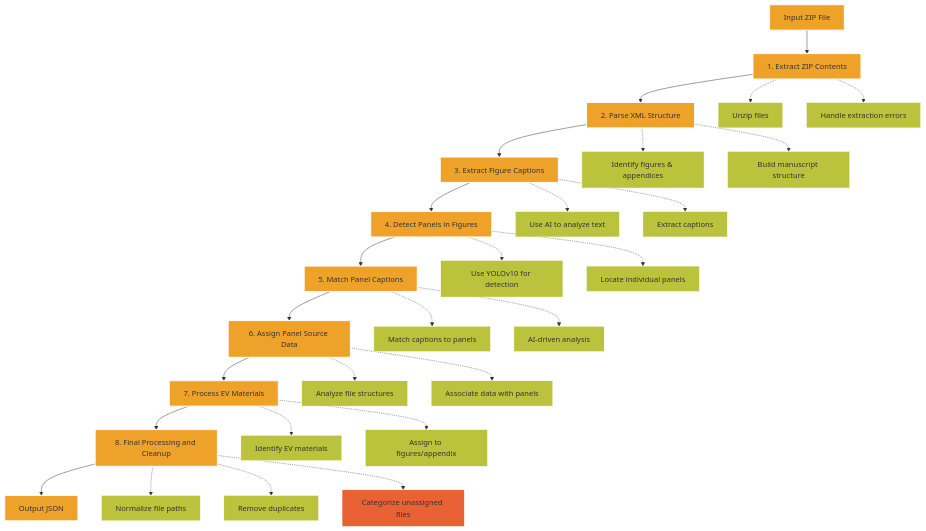
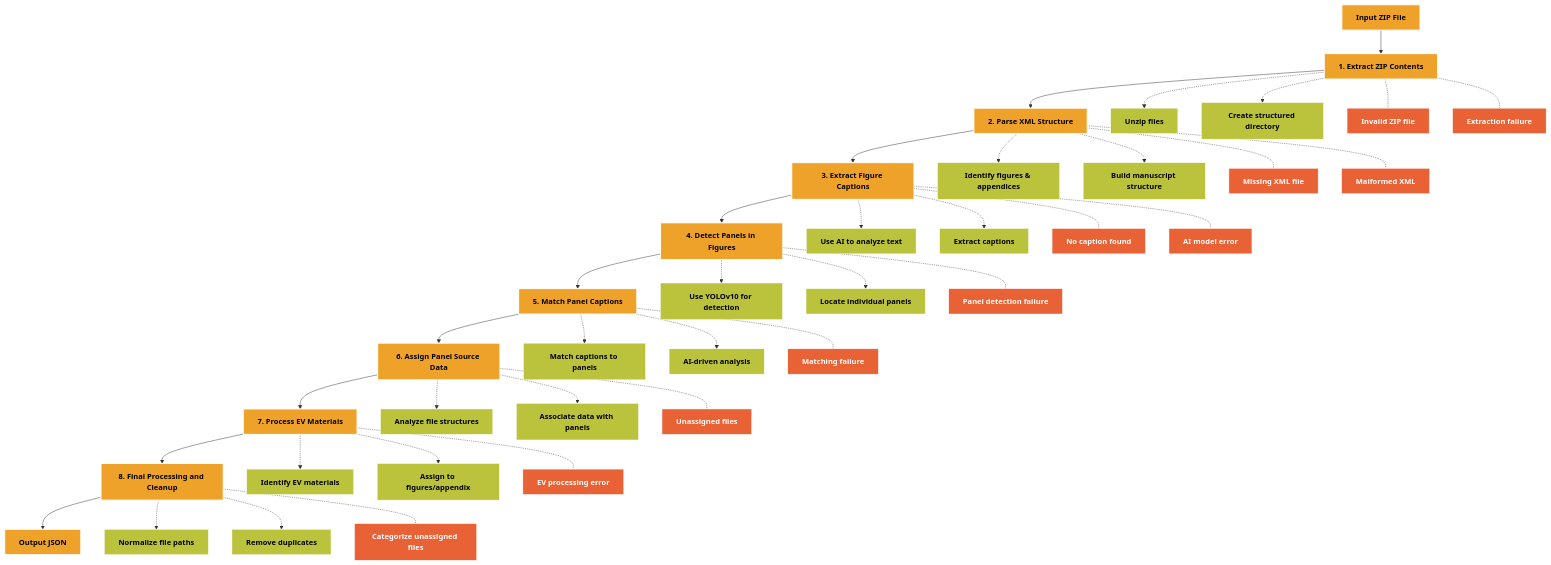
One commit to source-data/soda-curation changed the diagram in docs/pipeline.md. Above: the diagram before and after it, drawn with Mermaid. The commit also changed other lines of this file, not shown here.

Commit message:
Adding classes and formatting to the mermaid graph chart

````diff
--- a/docs/pipeline.md
+++ b/docs/pipeline.md
@@ -19,34 +19,86 @@
     I --> J[Output JSON]
 
     B -.-> B1[Unzip files]
-    B -.-> B2[Handle extraction errors]
+    B -.-> B2[Create structured directory]
+    B -.- BE1[Invalid ZIP file]
+    B -.- BE2[Extraction failure]
 
     C -.-> C1[Identify figures & appendices]
     C -.-> C2[Build manuscript structure]
+    C -.- CE1[Missing XML file]
+    C -.- CE2[Malformed XML]
 
     D -.-> D1[Use AI to analyze text]
     D -.-> D2[Extract captions]
+    D -.- DE1[No caption found]
+    D -.- DE2[AI model error]
 
     E -.-> E1[Use YOLOv10 for detection]
     E -.-> E2[Locate individual panels]
+    E -.- EE1[Panel detection failure]
 
     F -.-> F1[Match captions to panels]
     F -.-> F2[AI-driven analysis]
+    F -.- FE1[Matching failure]
 
     G -.-> G1[Analyze file structures]
     G -.-> G2[Associate data with panels]
+    G -.- GE1[Unassigned files]
 
     H -.-> H1[Identify EV materials]
     H -.-> H2[Assign to figures/appendix]
+    H -.- HE1[EV processing error]
 
     I -.-> I1[Normalize file paths]
     I -.-> I2[Remove duplicates]
-    I -.-> I3[Categorize unassigned files]
+    I -.- IE1[Categorize unassigned files]
 
     classDef process fill:#EFA22A,stroke:#FFFFFF,stroke-width:2px;
     classDef subProcess fill:#BBC33C,stroke:#FFFFFF,stroke-width:1px;
     classDef exception fill:#E86236,stroke:#FFFFFF,stroke-width:1px;
     class A,B,C,D,E,F,G,H,I,J process;
     class B1,B2,C1,C2,D1,D2,E1,E2,F1,F2,G1,G2,H1,H2,I1,I2 subProcess;
-    class I3 exception;
+    class BE1,BE2,CE1,CE2,DE1,DE2,EE1,FE1,GE1,HE1,IE1 exception;
+
+    %% Set text color and make it bold
+    style A fill:#EFA22A,stroke:#FFFFFF,stroke-width:2px,color:#000000,font-weight:bold
+    style B fill:#EFA22A,stroke:#FFFFFF,stroke-width:2px,color:#000000,font-weight:bold
+    style C fill:#EFA22A,stroke:#FFFFFF,stroke-width:2px,color:#000000,font-weight:bold
+    style D fill:#EFA22A,stroke:#FFFFFF,stroke-width:2px,color:#000000,font-weight:bold
+    style E fill:#EFA22A,stroke:#FFFFFF,stroke-width:2px,color:#000000,font-weight:bold
+    style F fill:#EFA22A,stroke:#FFFFFF,stroke-width:2px,color:#000000,font-weight:bold
+    style G fill:#EFA22A,stroke:#FFFFFF,stroke-width:2px,color:#000000,font-weight:bold
+    style H fill:#EFA22A,stroke:#FFFFFF,stroke-width:2px,color:#000000,font-weight:bold
+    style I fill:#EFA22A,stroke:#FFFFFF,stroke-width:2px,color:#000000,font-weight:bold
+    style J fill:#EFA22A,stroke:#FFFFFF,stroke-width:2px,color:#000000,font-weight:bold
+
+    %% Set text color for subprocesses and exceptions
+    style B1 fill:#BBC33C,stroke:#FFFFFF,stroke-width:1px,color:#000000,font-weight:bold
+    style B2 fill:#BBC33C,stroke:#FFFFFF,stroke-width:1px,color:#000000,font-weight:bold
+    style C1 fill:#BBC33C,stroke:#FFFFFF,stroke-width:1px,color:#000000,font-weight:bold
+    style C2 fill:#BBC33C,stroke:#FFFFFF,stroke-width:1px,color:#000000,font-weight:bold
+    style D1 fill:#BBC33C,stroke:#FFFFFF,stroke-width:1px,color:#000000,font-weight:bold
+    style D2 fill:#BBC33C,stroke:#FFFFFF,stroke-width:1px,color:#000000,font-weight:bold
+    style E1 fill:#BBC33C,stroke:#FFFFFF,stroke-width:1px,color:#000000,font-weight:bold
+    style E2 fill:#BBC33C,stroke:#FFFFFF,stroke-width:1px,color:#000000,font-weight:bold
+    style F1 fill:#BBC33C,stroke:#FFFFFF,stroke-width:1px,color:#000000,font-weight:bold
+    style F2 fill:#BBC33C,stroke:#FFFFFF,stroke-width:1px,color:#000000,font-weight:bold
+    style G1 fill:#BBC33C,stroke:#FFFFFF,stroke-width:1px,color:#000000,font-weight:bold
+    style G2 fill:#BBC33C,stroke:#FFFFFF,stroke-width:1px,color:#000000,font-weight:bold
+    style H1 fill:#BBC33C,stroke:#FFFFFF,stroke-width:1px,color:#000000,font-weight:bold
+    style H2 fill:#BBC33C,stroke:#FFFFFF,stroke-width:1px,color:#000000,font-weight:bold
+    style I1 fill:#BBC33C,stroke:#FFFFFF,stroke-width:1px,color:#000000,font-weight:bold
+    style I2 fill:#BBC33C,stroke:#FFFFFF,stroke-width:1px,color:#000000,font-weight:bold
+
+    style BE1 fill:#E86236,stroke:#FFFFFF,stroke-width:1px,color:#FFFFFF,font-weight:bold
+    style BE2 fill:#E86236,stroke:#FFFFFF,stroke-width:1px,color:#FFFFFF,font-weight:bold
+    style CE1 fill:#E86236,stroke:#FFFFFF,stroke-width:1px,color:#FFFFFF,font-weight:bold
+    style CE2 fill:#E86236,stroke:#FFFFFF,stroke-width:1px,color:#FFFFFF,font-weight:bold
+    style DE1 fill:#E86236,stroke:#FFFFFF,stroke-width:1px,color:#FFFFFF,font-weight:bold
+    style DE2 fill:#E86236,stroke:#FFFFFF,stroke-width:1px,color:#FFFFFF,font-weight:bold
+    style EE1 fill:#E86236,stroke:#FFFFFF,stroke-width:1px,color:#FFFFFF,font-weight:bold
+    style FE1 fill:#E86236,stroke:#FFFFFF,stroke-width:1px,color:#FFFFFF,font-weight:bold
+    style GE1 fill:#E86236,stroke:#FFFFFF,stroke-width:1px,color:#FFFFFF,font-weight:bold
+    style HE1 fill:#E86236,stroke:#FFFFFF,stroke-width:1px,color:#FFFFFF,font-weight:bold
+    style IE1 fill:#E86236,stroke:#FFFFFF,stroke-width:1px,color:#FFFFFF,font-weight:bold
 ```
````
